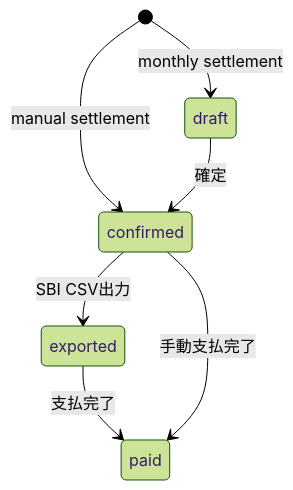
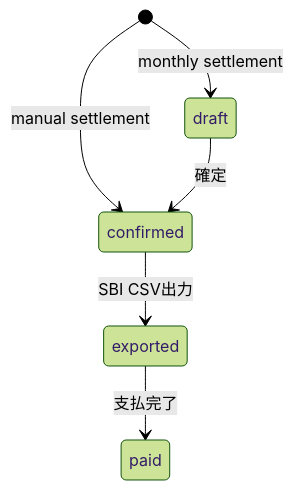
The seventh of 8 diagrams in docs/design/state_transitions.md (officeutq/butterfly-room), drawn with Mermaid (forest theme) before and after one commit. The commit also changed other lines of this file and 5 other files, not shown here.

````diff
--- a/docs/design/state_transitions.md
+++ b/docs/design/state_transitions.md
@@ -134,9 +136,8 @@
 ```mermaid
 stateDiagram-v2
   [*] --> draft: monthly settlement
   [*] --> confirmed: manual settlement
   draft --> confirmed: 確定
   confirmed --> exported: SBI CSV出力
   exported --> paid: 支払完了
-  confirmed --> paid: 手動支払完了
 ```
````
